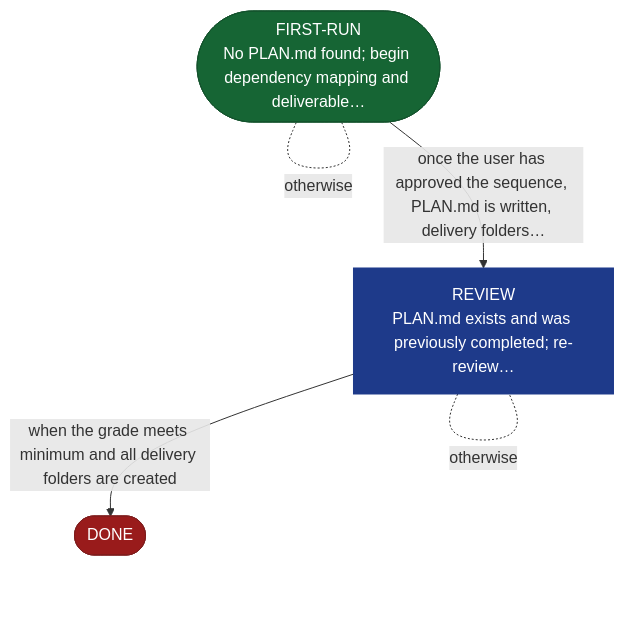
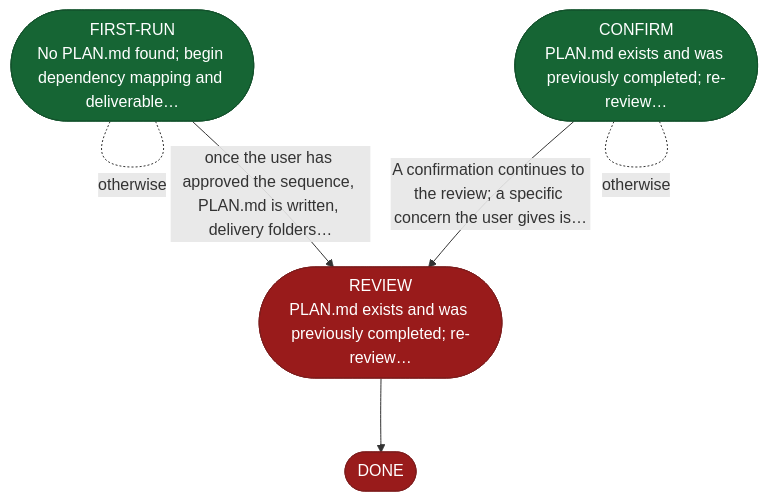
Before and after one commit to AndreVianna/aid-methodology: the diagram in site/src/content/docs/skills/aid-plan.md, drawn with Mermaid. The commit also changed other lines of this file and 12 other files, not shown here.

First line of the commit message:
task-040: fix round (plan/detail CONFIRM step (ASK) split from REVIEW; delivery gate ROUTE split into check + 4A ASK (fix) + 4B ASK then HALT (upstream); site regenerated)

````diff
--- a/site/src/content/docs/skills/aid-plan.md
+++ b/site/src/content/docs/skills/aid-plan.md
@@ -20,22 +20,26 @@
 ```mermaid
 flowchart TB
   classDef aidNode color:#fff
   classDef aidEntry fill:#166534,stroke:#14532d,color:#fff
   classDef aidExit fill:#991b1b,stroke:#7f1d1d,color:#fff
   classDef aidDecision fill:#92400e,stroke:#78350f,color:#fff
   classDef aidLoopBack fill:#1e3a8a,stroke:#1e3a8a,color:#fff
   classDef aidStep fill:#1a2035,stroke:#d4a853,color:#f1f5f9
   n1(["FIRST-RUN<br/>No PLAN.md found; begin dependency mapping and deliverable…"])
-  n2["REVIEW<br/>PLAN.md exists and was previously completed; re-review…"]
-  n3(["DONE"])
+  n2(["CONFIRM<br/>PLAN.md exists and was previously completed; re-review…"])
+  n3(["REVIEW<br/>PLAN.md exists and was previously completed; re-review…"])
+  n4(["DONE"])
   n1 -. "otherwise" .- n1
-  n1 -->|"once the user has approved the sequence, PLAN.md is written, delivery folders…"| n2
+  n1 -->|"once the user has approved the sequence, PLAN.md is written, delivery folders…"| n3
   n2 -. "otherwise" .- n2
-  n2 -->|"when the grade meets minimum and all delivery folders are created"| n3
+  n2 -->|"A confirmation continues to the review; a specific concern the user gives is…"| n3
+  n3 --> n4
   class n1 aidEntry
-  class n2 aidLoopBack
+  class n2 aidEntry
   class n3 aidExit
+  class n4 aidExit
   class n1 aidNode
   class n2 aidNode
   class n3 aidNode
+  class n4 aidNode
 ```
````
